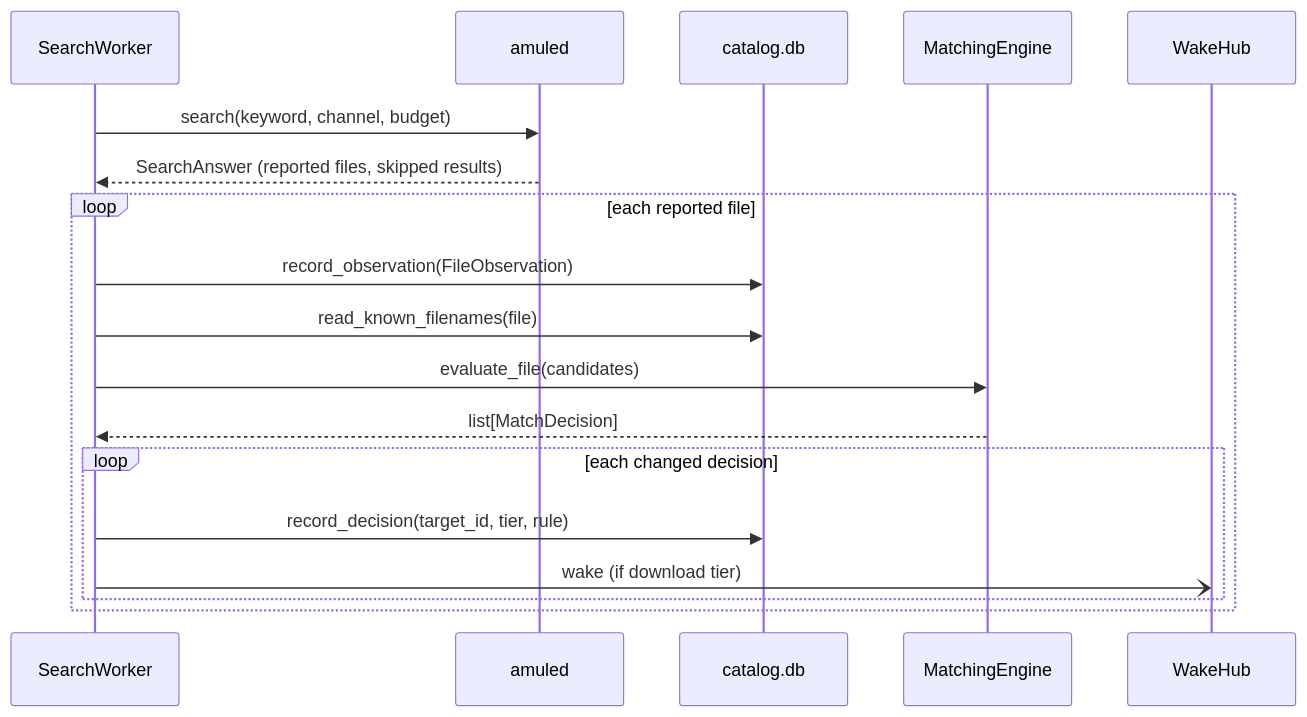
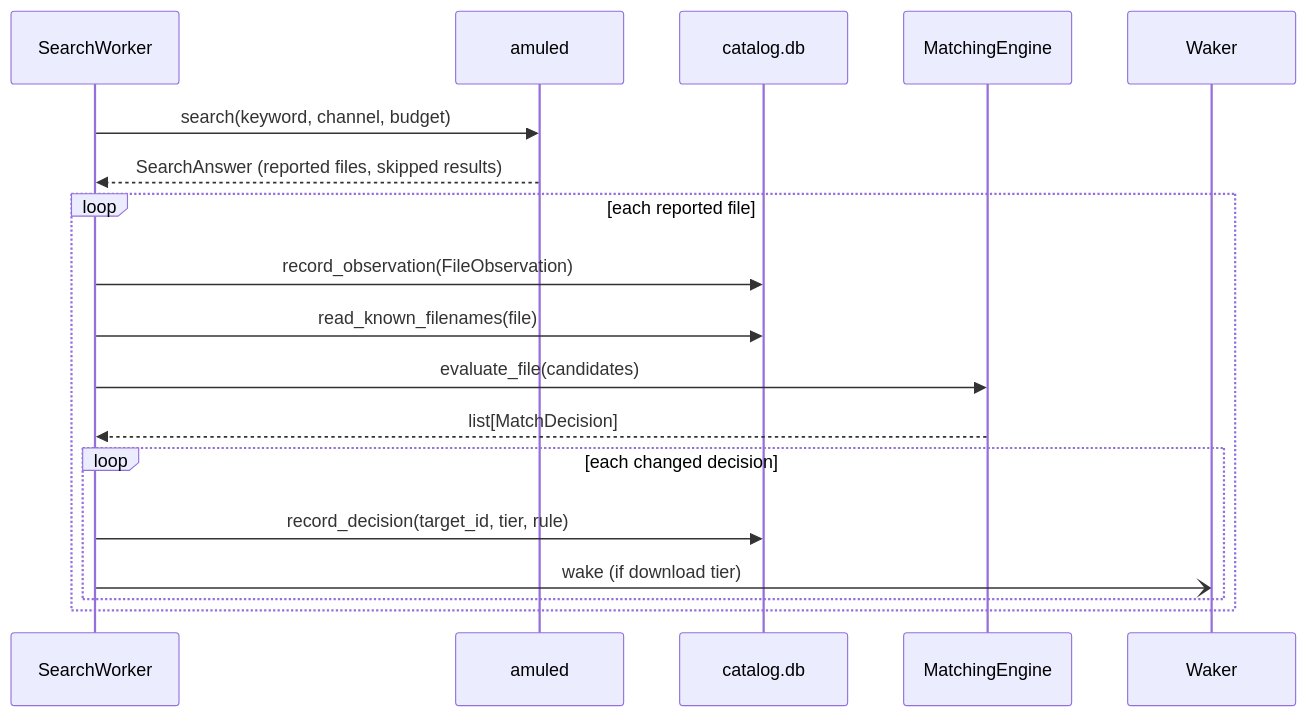
Before and after one commit to mission-titar/p2pwatch: the sixth of 12 diagrams in docs/contributing/architecture.md, drawn with Mermaid. The commit also changed other lines of this file and 1 other file, not shown here.

First line of the commit message:
docs: AGENTS.md and the architecture page describe the ports as ABCs

````diff
--- a/docs/contributing/architecture.md
+++ b/docs/contributing/architecture.md
@@ -229,21 +229,21 @@
 ```mermaid
 sequenceDiagram
   participant W as SearchWorker
   participant A as amuled
   participant C as catalog.db
   participant E as MatchingEngine
-  participant D as WakeHub
+  participant D as Waker
 
   W->>A: search(keyword, channel, budget)
   A-->>W: SearchAnswer (reported files, skipped results)
   loop each reported file
     W->>C: record_observation(FileObservation)
     W->>C: read_known_filenames(file)
     W->>E: evaluate_file(candidates)
     E-->>W: list[MatchDecision]
     loop each changed decision
       W->>C: record_decision(target_id, tier, rule)
       W-)D: wake (if download tier)
     end
   end
 ```
````
